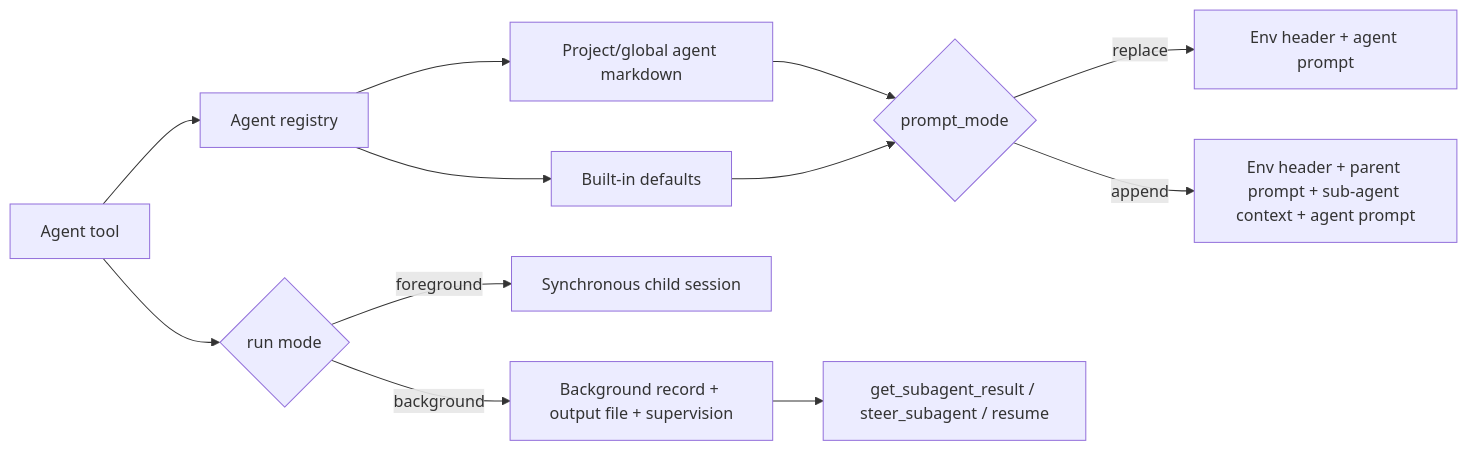
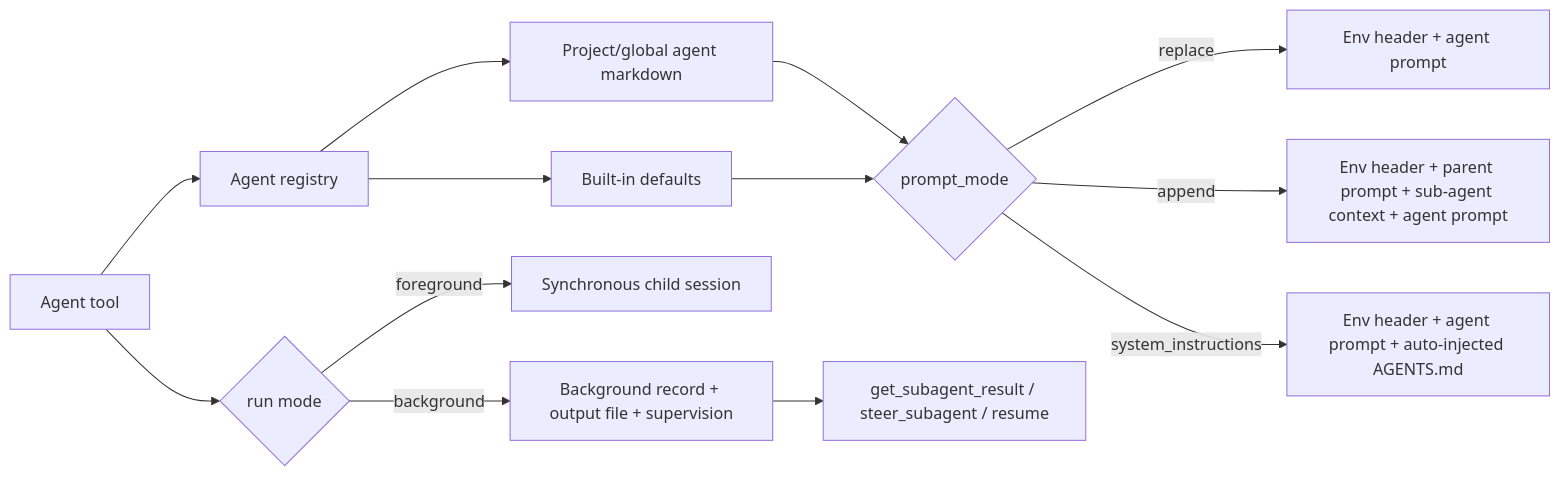
Before and after one commit to zhongjis/pi-config: the fourth of 4 diagrams in docs/orchestration-flow.md, drawn with Mermaid. The commit also changed other lines of this file and 2 other files, not shown here.

First line of the commit message:
docs(modes): document system_instructions; fix stale superpowers refs

````diff
--- a/docs/orchestration-flow.md
+++ b/docs/orchestration-flow.md
@@ -160,14 +160,15 @@
 ```mermaid
 flowchart LR
     AgentTool[Agent tool] --> Registry[Agent registry]
     Registry --> Builtins[Built-in defaults]
     Registry --> Custom[Project/global agent markdown]
     Custom --> PromptMode{prompt_mode}
     Builtins --> PromptMode
     PromptMode -->|replace| Replace[Env header + agent prompt]
     PromptMode -->|append| Append[Env header + parent prompt + sub-agent context + agent prompt]
+    PromptMode -->|system_instructions| SysInstr[Env header + agent prompt + auto-injected AGENTS.md]
     AgentTool --> RunMode{run mode}
     RunMode -->|foreground| FG[Synchronous child session]
     RunMode -->|background| BG[Background record + output file + supervision]
     BG --> Tools[get_subagent_result / steer_subagent / resume]
 ```
````
